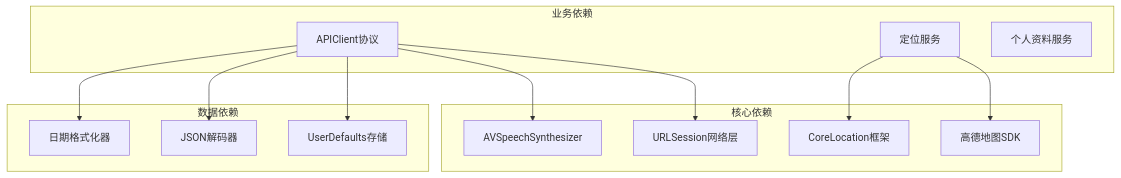
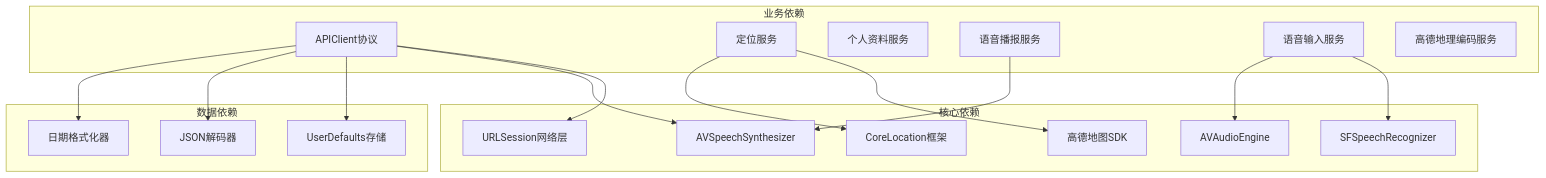
The ninth of 10 diagrams in .qoder/repowiki/zh/content/核心功能模块/盲人跑者功能/预约创建系统.md (Jayden23018/blind-run-ios), drawn with Mermaid before and after one commit. The commit also changed other lines of this file and 14 other files, not shown here.

Commit message:
Improve blind runner booking map and speech input flows

````diff
--- a/.qoder/repowiki/zh/content/核心功能模块/盲人跑者功能/预约创建系统.md
+++ b/.qoder/repowiki/zh/content/核心功能模块/盲人跑者功能/预约创建系统.md
@@ -383,26 +479,34 @@
 ```mermaid
 graph TB
 subgraph "核心依赖"
 AMap[高德地图SDK]
 CoreLocation[CoreLocation框架]
 URLSession[URLSession网络层]
 AVSpeech[AVSpeechSynthesizer]
+SFSpeech[SFSpeechRecognizer]
+AVAudio[AVAudioEngine]
 end
 subgraph "业务依赖"
 APIClient[APIClient协议]
 LocationService[定位服务]
 ProfileService[个人资料服务]
+SpeechService[语音播报服务]
+SpeechInputService[语音输入服务]
+AMapGeocodingService[高德地理编码服务]
 end
 subgraph "数据依赖"
 UserDefaults[UserDefaults存储]
 JSONDecoder[JSON解码器]
 DateFormatter[日期格式化器]
 end
 APIClient --> URLSession
 LocationService --> AMap
 LocationService --> CoreLocation
+SpeechService --> AVSpeech
+SpeechInputService --> SFSpeech
+SpeechInputService --> AVAudio
 APIClient --> AVSpeech
 APIClient --> UserDefaults
 APIClient --> JSONDecoder
 APIClient --> DateFormatter
 ```
````
